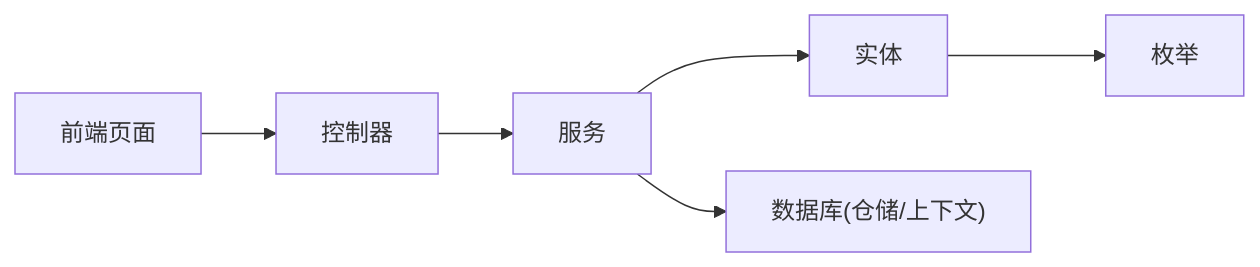
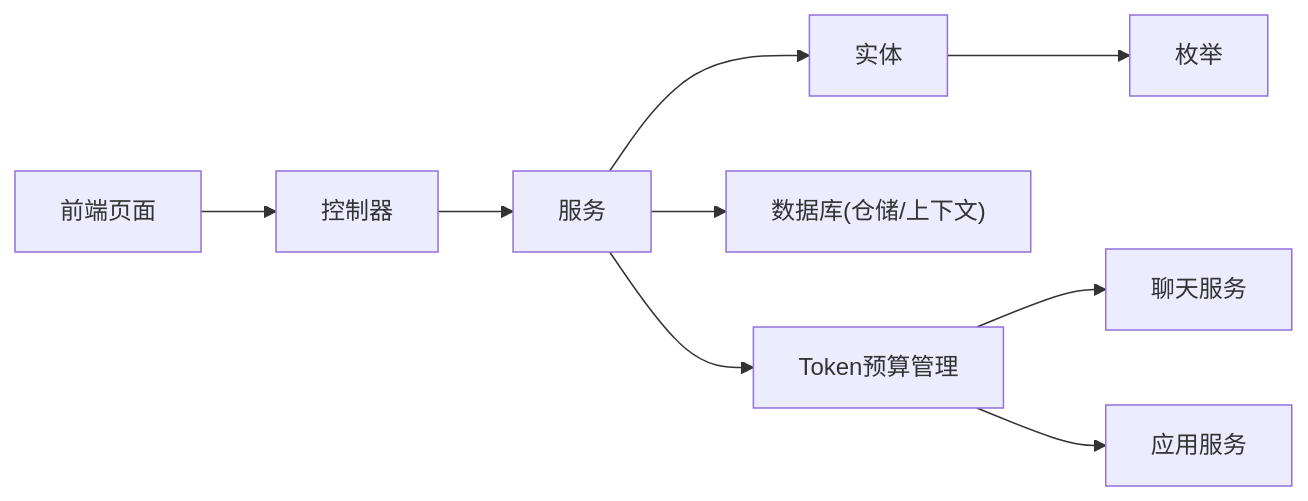
Before and after one commit to junkai-li/NetCoreKevin: the seventh of 7 diagrams in .qoder/repowiki/zh/content/AI智能体/模型管理.md, drawn with Mermaid. The commit also changed other lines of this file and 41 other files, not shown here.

````diff
--- a/.qoder/repowiki/zh/content/AI智能体/模型管理.md
+++ b/.qoder/repowiki/zh/content/AI智能体/模型管理.md
@@ -255,8 +334,11 @@
 ```mermaid
 graph LR
 FE["前端页面"] --> CTRL["控制器"]
 CTRL --> SVC["服务"]
 SVC --> ENT["实体"]
 ENT --> ENUM["枚举"]
 SVC --> DB["数据库(仓储/上下文)"]
+SVC --> TOKEN["Token预算管理"]
+TOKEN --> CHAT["聊天服务"]
+TOKEN --> APP["应用服务"]
 ```
````
